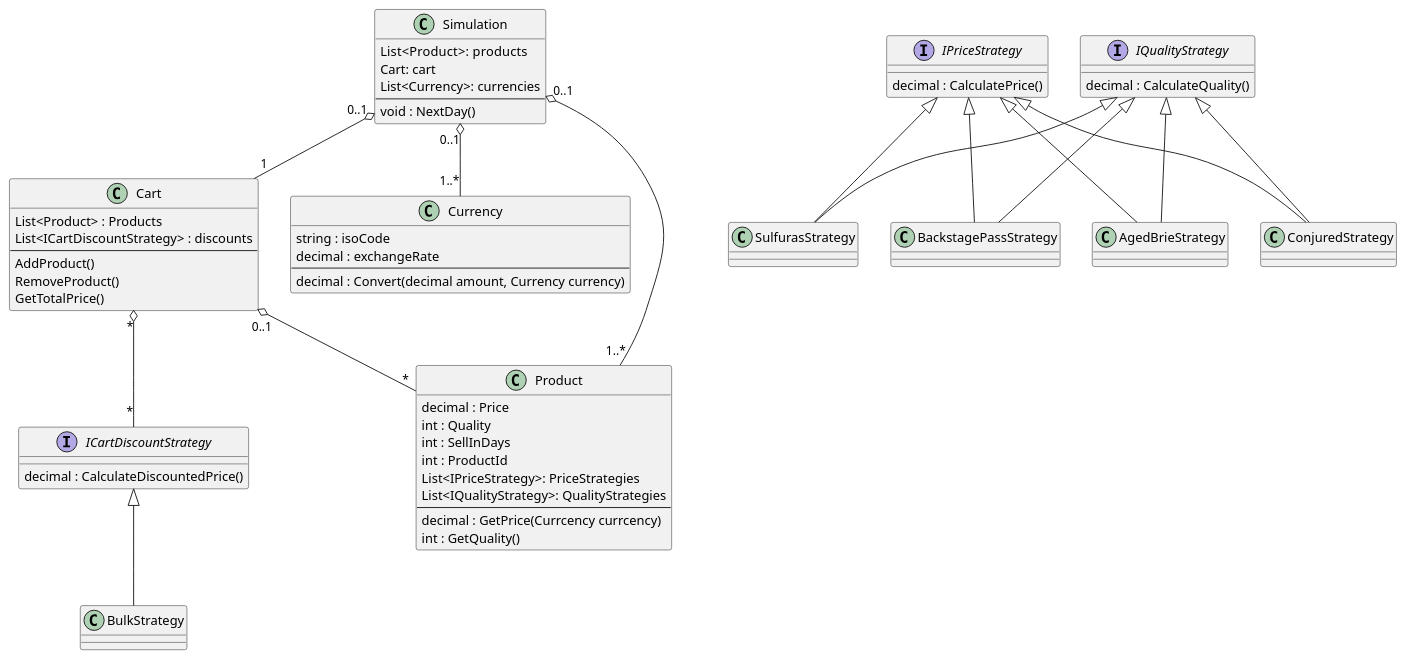
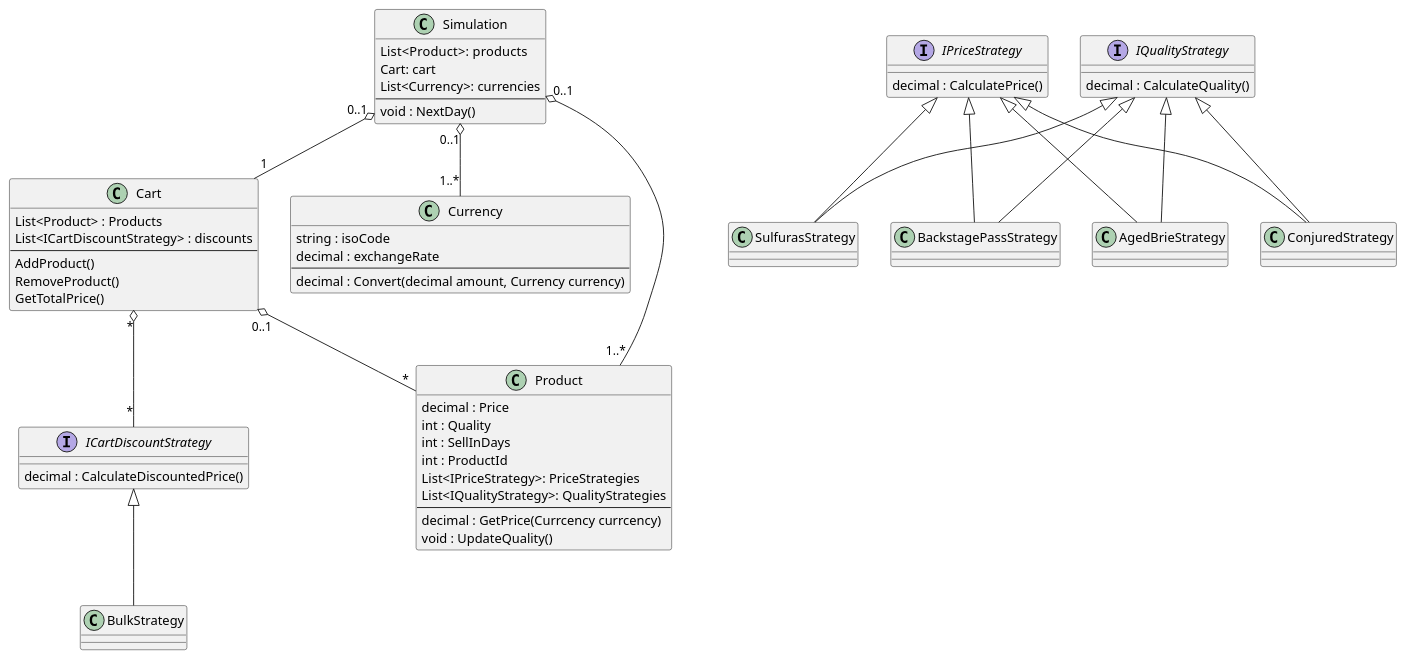
One commit to helloplayer1/GildedRose changed the diagram in class diagram.plantuml. Above: the diagram before and after it, drawn with PlantUML. The commit also changed 27 other files, not shown here.

```diff
--- a/class diagram.plantuml
+++ b/class diagram.plantuml
@@ -1,76 +1,76 @@
 @startuml
 
 class Simulation {
   List<Product>:  products
   Cart: cart
   List<Currency>: currencies
   ---
   void : NextDay()
 }
 
 class Cart {
   List<Product> : Products
   List<ICartDiscountStrategy> : discounts
   ---
   AddProduct()
   RemoveProduct()
   GetTotalPrice()
 }
 
 
 class Currency {
   string : isoCode
   decimal : exchangeRate
   ---
   decimal : Convert(decimal amount, Currency currency)
 }
 
 class Product {
   decimal : Price
   int : Quality
   int : SellInDays
   int : ProductId
   List<IPriceStrategy>: PriceStrategies
   List<IQualityStrategy>: QualityStrategies
   ---
   decimal : GetPrice(Currcency currcency)
-  int : GetQuality()
+  void : UpdateQuality()
 }
 
 interface IPriceStrategy {
   decimal : CalculatePrice()  
 }
 
 interface ICartDiscountStrategy {
   decimal : CalculateDiscountedPrice()  
 }
 
 interface IQualityStrategy {
   decimal : CalculateQuality()  
 }
 
 class BulkStrategy
 class AgedBrieStrategy
 class ConjuredStrategy
 class SulfurasStrategy
 class BackstagePassStrategy
 
 IPriceStrategy <|-- AgedBrieStrategy
 IQualityStrategy <|-- AgedBrieStrategy
 IPriceStrategy <|-- ConjuredStrategy
 IQualityStrategy <|-- ConjuredStrategy
 IPriceStrategy <|-- SulfurasStrategy
 IQualityStrategy <|-- SulfurasStrategy
 IPriceStrategy <|-- BackstagePassStrategy
 IQualityStrategy <|-- BackstagePassStrategy
 
 ICartDiscountStrategy <|-- BulkStrategy
 
 Cart "0..1" o-- "*" Product
 Cart "*" o-- "*" ICartDiscountStrategy 
 
 Simulation "0..1" o-- "1..*" Product
 Simulation "0..1" o-- "1" Cart
 Simulation "0..1" o-- "1..*" Currency
 
 @enduml
```
